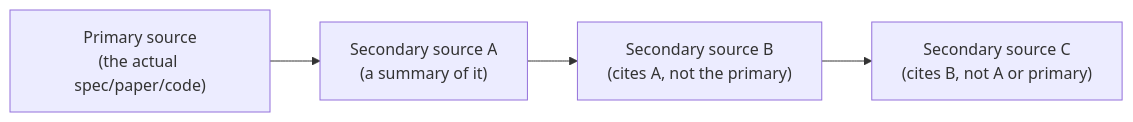
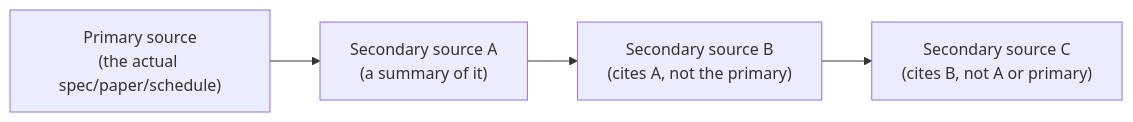
The second of 4 diagrams in src/content/learning-craft/source-evaluation/L2-concept.md (francoandreDev/knowledge), drawn with Mermaid before and after one commit. The commit also changed other lines of this file and 20 other files, not shown here.

````diff
--- a/src/content/learning-craft/source-evaluation/L2-concept.md
+++ b/src/content/learning-craft/source-evaluation/L2-concept.md
@@ -7,6 +22,6 @@
 ```mermaid
 flowchart LR
-    Primary["Primary source\n(the actual spec/paper/code)"] --> Sec1["Secondary source A\n(a summary of it)"]
+    Primary["Primary source\n(the actual spec/paper/schedule)"] --> Sec1["Secondary source A\n(a summary of it)"]
     Sec1 --> Sec2["Secondary source B\n(cites A, not the primary)"]
     Sec2 --> Sec3["Secondary source C\n(cites B, not A or primary)"]
 ```
````
